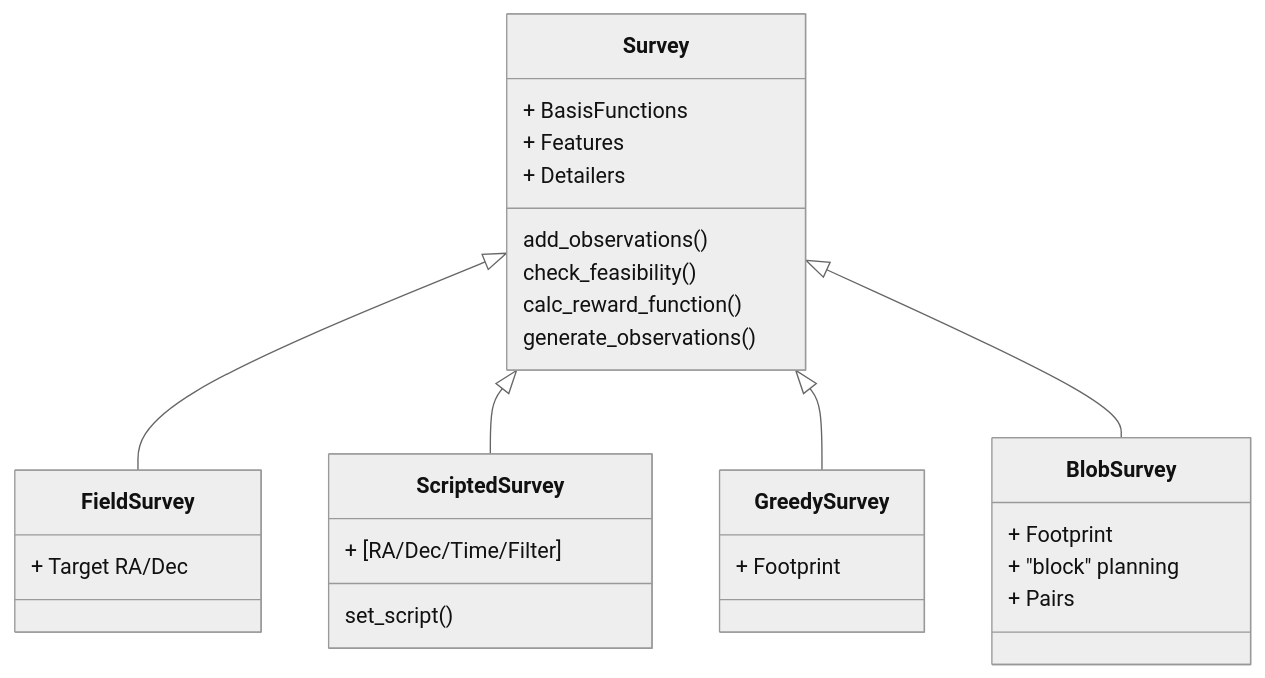
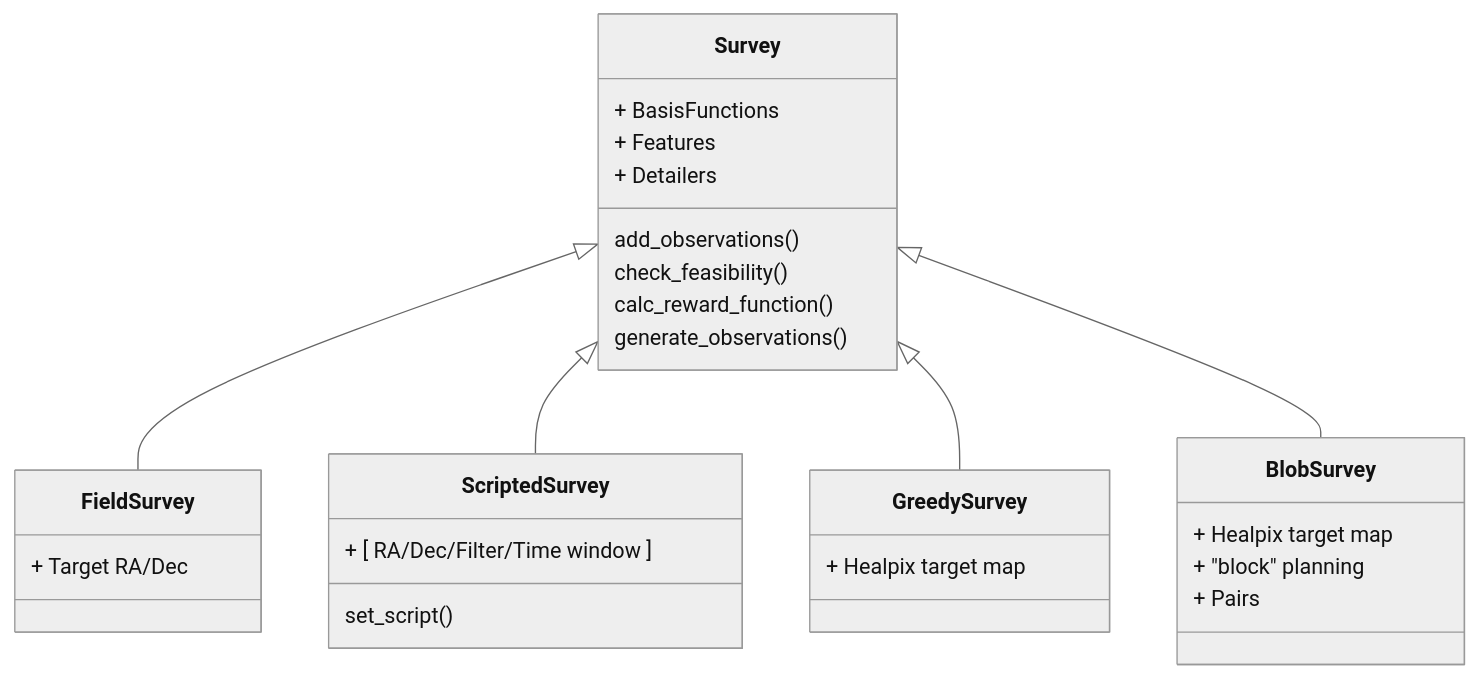
Before and after one commit to lsst/rubin_scheduler: the second of 3 diagrams in docs/fbs-arch.rst, drawn with Mermaid (neutral theme). The commit also changed other lines of this file and 1 other file, not shown here.

```diff
--- a/docs/fbs-arch.rst
+++ b/docs/fbs-arch.rst
@@ -93,29 +95,29 @@
 .. mermaid::
 
     classDiagram
         Survey <|-- FieldSurvey
         Survey <|-- ScriptedSurvey
         Survey <|-- GreedySurvey
         Survey <|-- BlobSurvey
         Survey : + BasisFunctions
         Survey : + Features
         Survey : + Detailers
         Survey : add_observations()
         Survey : check_feasibility()
         Survey : calc_reward_function()
         Survey : generate_observations()
         class FieldSurvey{
           + Target RA/Dec
         }
         class ScriptedSurvey{
-          + [RA/Dec/Time/Filter]
+          + [ RA/Dec/Filter/Time window ]
           set_script()
         }
         class GreedySurvey{
-          + Footprint
+          + Healpix target map
         }
         class BlobSurvey{
-          + Footprint
+          + Healpix target map
           + "block" planning
           + Pairs
         }
```
